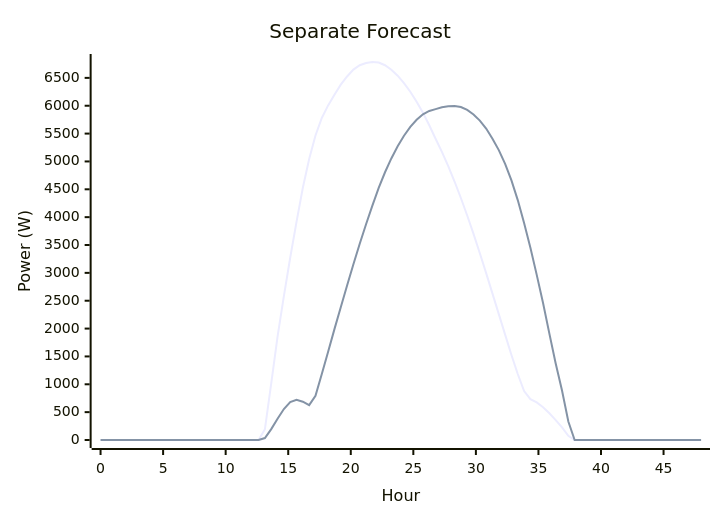
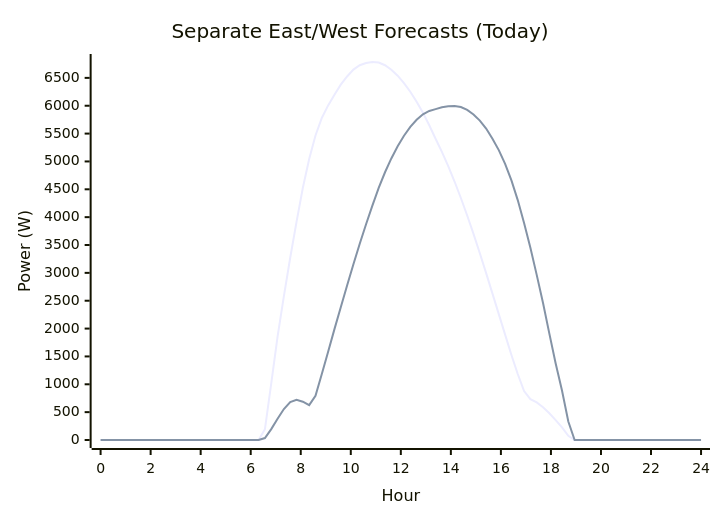
One commit to hass-energy/haeo changed the first of 6 diagrams in docs/user-guide/forecasts-and-sensors.md. Above: the diagram before and after it, drawn with Mermaid. The commit also changed other lines of this file and 7 other files, not shown here.

Commit message:
Go to using the normal mermaid config

````diff
--- a/docs/user-guide/forecasts-and-sensors.md
+++ b/docs/user-guide/forecasts-and-sensors.md
@@ -145,8 +145,8 @@
 ```mermaid
 xychart-beta
-    title "Separate Forecast"
-    x-axis "Hour" 0 --> 48
+    title "Separate East/West Forecasts (Today)"
+    x-axis "Hour" 0 --> 24
     y-axis "Power (W)"
     line [0, 0, 0, 0, 0, 0, 0, 0, 0, 0, 0, 0, 0, 0, 0, 0, 0, 0, 0, 0, 0, 0, 0, 0, 0, 0, 195, 1015, 1857, 2584, 3272, 3916, 4527, 5042, 5467, 5781, 6006, 6199, 6379, 6525, 6648, 6727, 6768, 6785, 6776, 6727, 6645, 6539, 6407, 6251, 6072, 5874, 5649, 5408, 5172, 4915, 4640, 4344, 4030, 3699, 3353, 2995, 2628, 2260, 1891, 1527, 1184, 878, 734, 675, 588, 480, 358, 228, 76, 0, 0, 0, 0, 0, 0, 0, 0, 0, 0, 0, 0, 0, 0, 0, 0, 0, 0, 0, 0, 0]
     line [0, 0, 0, 0, 0, 0, 0, 0, 0, 0, 0, 0, 0, 0, 0, 0, 0, 0, 0, 0, 0, 0, 0, 0, 0, 0, 35, 195, 381, 556, 682, 722, 688, 625, 794, 1185, 1585, 1990, 2384, 2772, 3156, 3524, 3873, 4208, 4525, 4806, 5054, 5274, 5462, 5620, 5748, 5846, 5906, 5939, 5974, 5991, 5995, 5976, 5925, 5844, 5733, 5590, 5409, 5203, 4958, 4661, 4306, 3894, 3450, 2964, 2460, 1909, 1374, 887, 331, 0, 0, 0, 0, 0, 0, 0, 0, 0, 0, 0, 0, 0, 0, 0, 0, 0, 0, 0, 0, 0]
 ```
````
